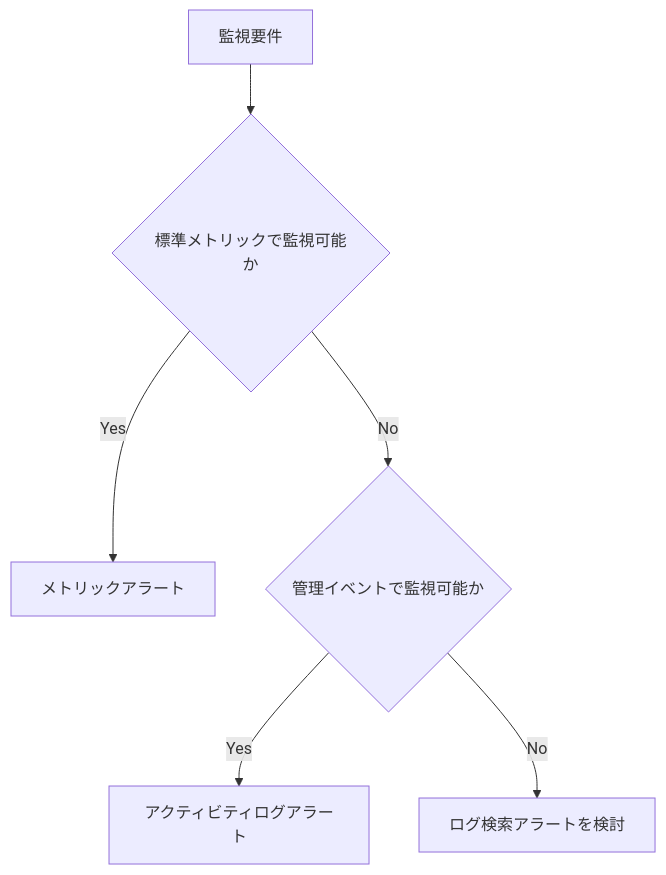
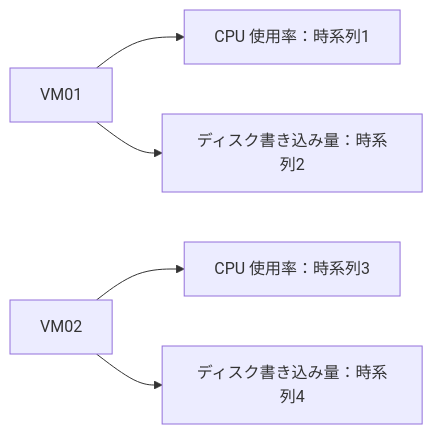
The third of 3 diagrams in AzMonitorAlert.md (tky0084/AzureMonitorAlertRules), drawn with Mermaid before and after one commit. The commit also changed other lines of this file, not shown here.

````diff
--- a/AzMonitorAlert.md
+++ b/AzMonitorAlert.md
@@ -146,8 +191,7 @@
 ```mermaid
-flowchart TD
- A[監視要件] --> B{標準メトリックで監視可能か}
- B -->|Yes| C[メトリックアラート]
- B -->|No| D{管理イベントで監視可能か}
- D -->|Yes| E[アクティビティログアラート]
- D -->|No| F[ログ検索アラートを検討]
+flowchart LR
+ A[VM01] --> B[CPU 使用率：時系列1]
+ A --> C[ディスク書き込み量：時系列2]
+ D[VM02] --> E[CPU 使用率：時系列3]
+ D --> F[ディスク書き込み量：時系列4]
 ```
````
